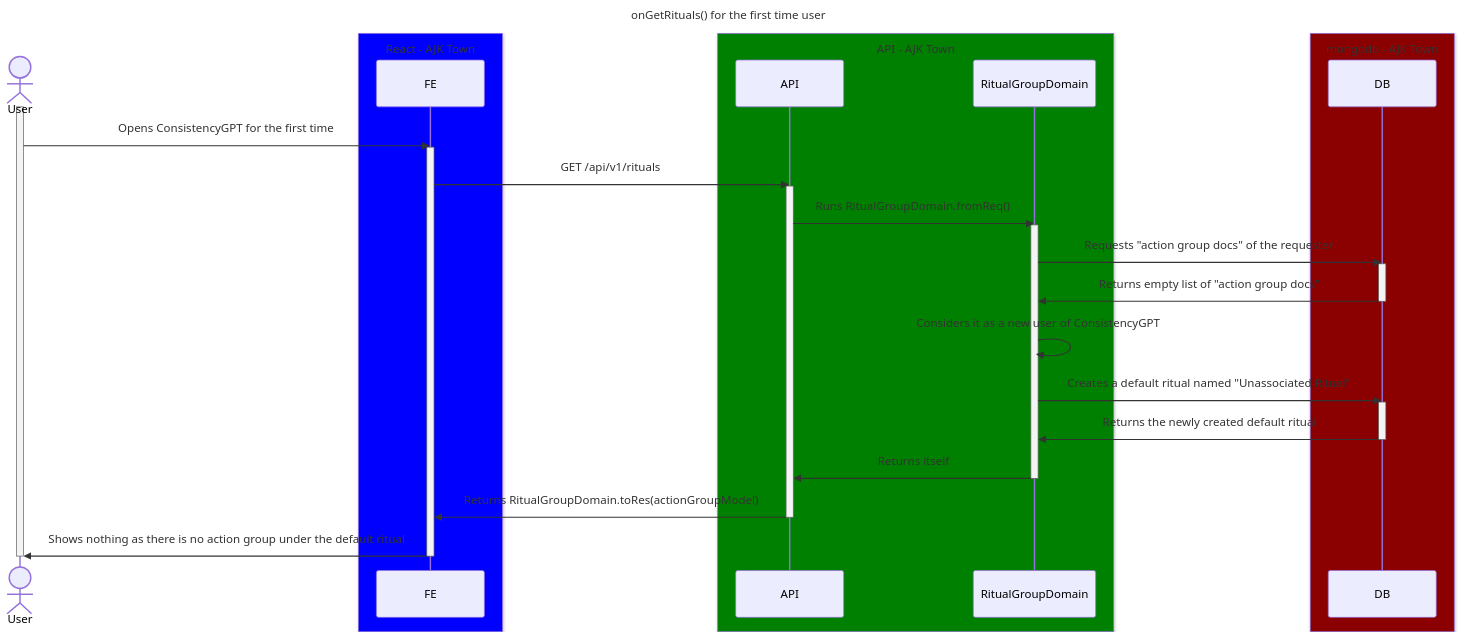
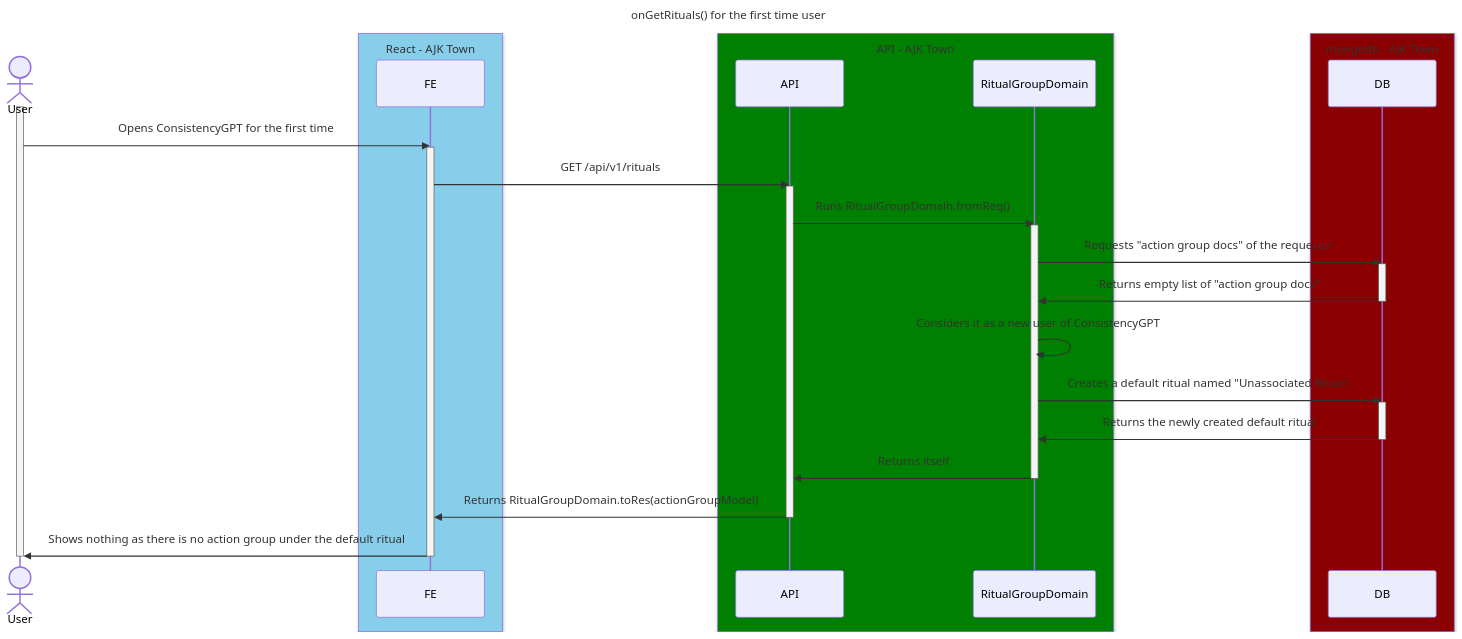
One commit to ajktown/docs changed the diagram in dev_consistency/diagrams/on-get-rituals-first-time.md. Above: the diagram before and after it, drawn with Mermaid.

````diff
--- a/dev_consistency/diagrams/on-get-rituals-first-time.md
+++ b/dev_consistency/diagrams/on-get-rituals-first-time.md
@@ -18,42 +18,42 @@
 ```mermaid
 
 sequenceDiagram
 title: onGetRituals() for the first time user
 
 actor user as User
-box Blue React - AJK Town
+box SkyBlue React - AJK Town
   participant fe as FE
 end
 box Green API - AJK Town
   participant api as API
   participant domain as RitualGroupDomain
 end
 box DarkRed mongodb - AJK Town
   participant db as DB
 end
 
 
 activate user
   user ->> fe: Opens ConsistencyGPT for the first time
   activate fe
     fe ->> api: GET /api/v1/rituals
     activate api
       api ->> domain: Runs RitualGroupDomain.fromReq()
       activate domain
         domain ->> db: Requests "action group docs" of the requester
         activate db
           db ->> domain: Returns empty list of "action group docs"
         deactivate db
         domain ->> domain: Considers it as a new user of ConsistencyGPT
         domain ->> db: Creates a default ritual named "Unassociated Ritual"
         activate db
           db ->> domain: Returns the newly created default ritual
         deactivate db
         domain ->> api: Returns itself
       deactivate domain
       api ->> fe: Returns RitualGroupDomain.toRes(actionGroupModel)
     deactivate api
     fe ->> user: Shows nothing as there is no action group under the default ritual
   deactivate fe
 deactivate user
 ```
````
